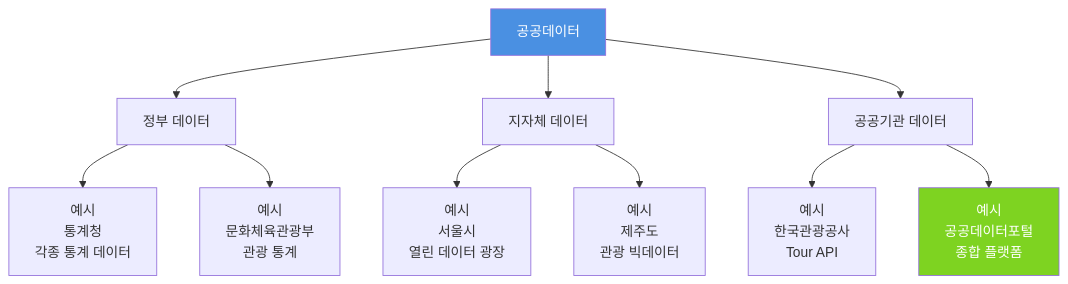
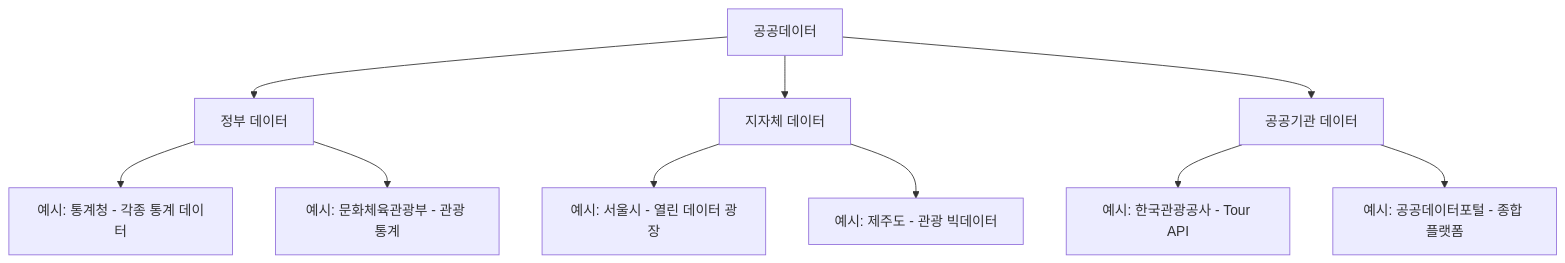
Before and after one commit to nugurejeil/weniVooks: the first of 7 diagrams in _md/genai-notion/chapter04/04-2.md, drawn with Mermaid. The commit also changed other lines of this file and 187 other files, not shown here.

````diff
--- a/_md/genai-notion/chapter04/04-2.md
+++ b/_md/genai-notion/chapter04/04-2.md
@@ -11,17 +15,14 @@
 ```mermaid
 graph TD
-    A[공공데이터] --> B[정부 데이터]
-    A --> C[지자체 데이터]
-    A --> D[공공기관 데이터]
+    A["공공데이터"] --> B["정부 데이터"]
+    A --> C["지자체 데이터"]
+    A --> D["공공기관 데이터"]
 
-    B --> E[예시<br/>통계청<br/>각종 통계 데이터]
-    B --> F[예시<br/>문화체육관광부<br/>관광 통계]
+    B --> E["예시: 통계청 - 각종 통계 데이터"]
+    B --> F["예시: 문화체육관광부 - 관광 통계"]
 
-    C --> G[예시<br/>서울시<br/>열린 데이터 광장]
-    C --> H[예시<br/>제주도<br/>관광 빅데이터]
-    D --> I[예시<br/>한국관광공사<br/>Tour API]
-    D --> J[예시<br/>공공데이터포털<br/>종합 플랫폼]
-
-    style A fill:#4A90E2,color:#fff
-    style J fill:#7ED321,color:#fff
+    C --> G["예시: 서울시 - 열린 데이터 광장"]
+    C --> H["예시: 제주도 - 관광 빅데이터"]
+    D --> I["예시: 한국관광공사 - Tour API"]
+    D --> J["예시: 공공데이터포털 - 종합 플랫폼"]
 ```
````
